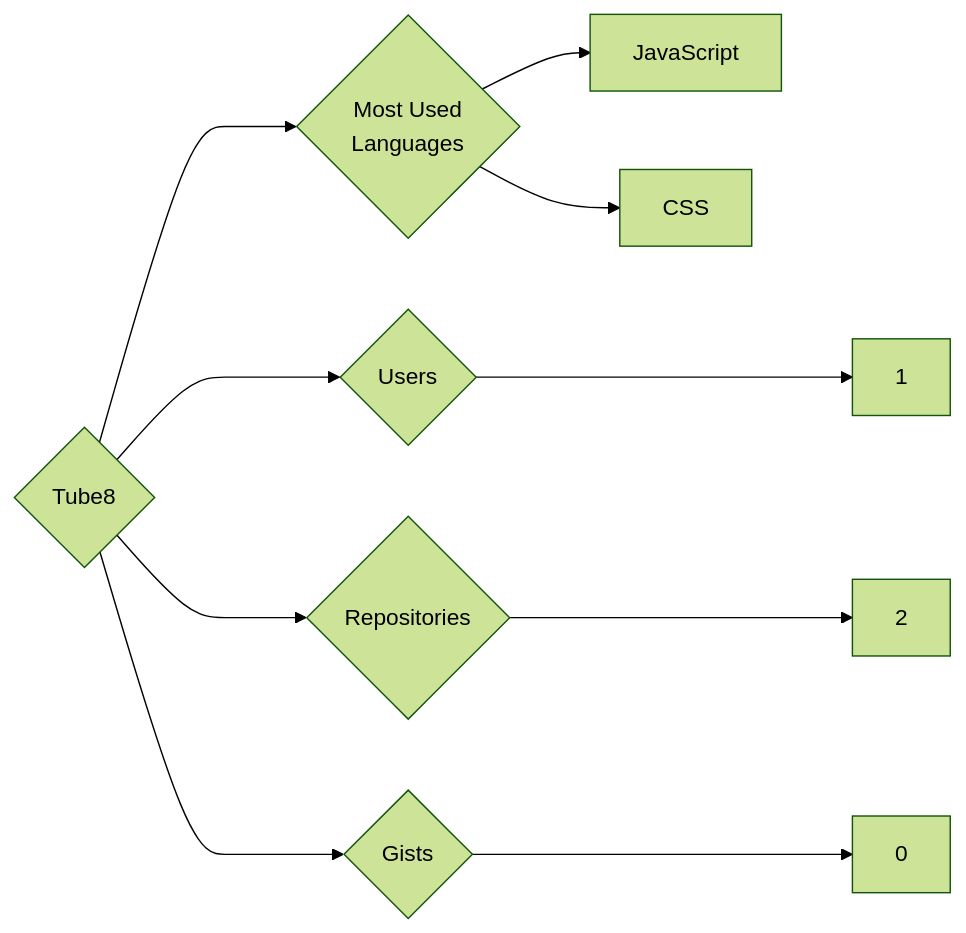
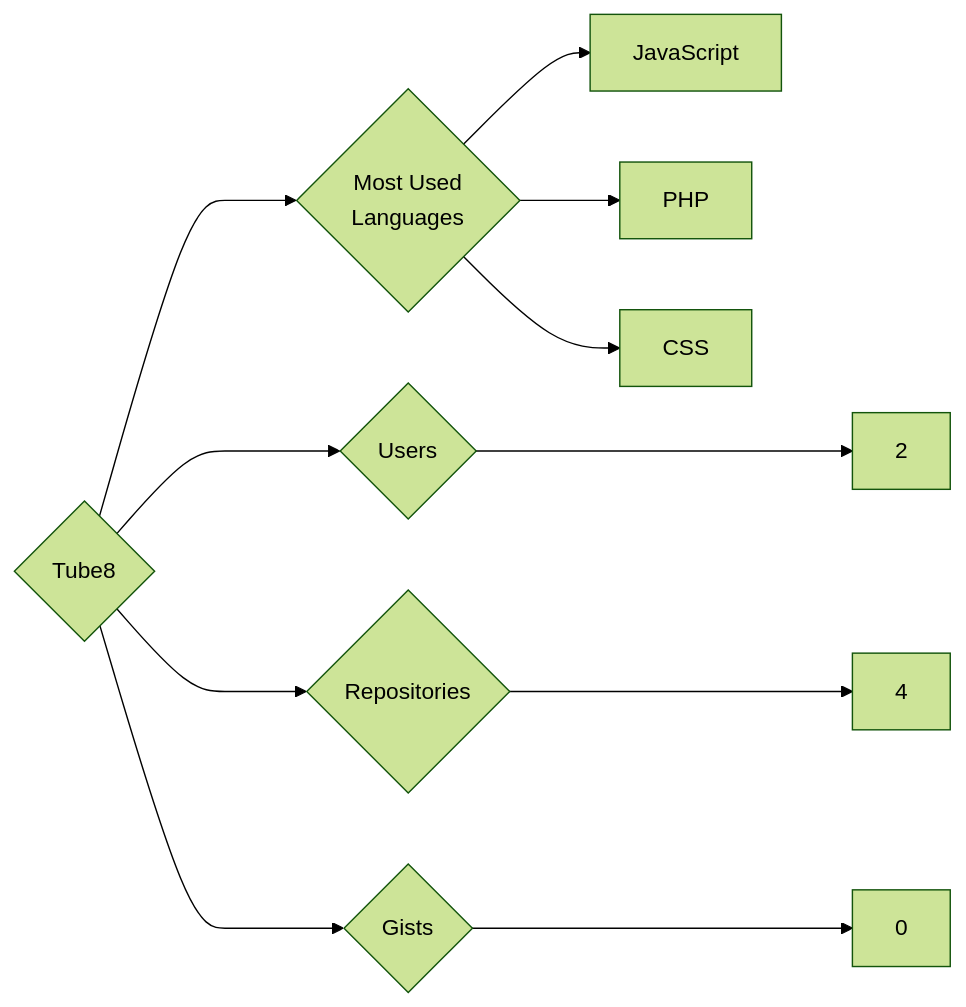
One commit to trickest/insiders changed the diagram in targets/Tube8/README.md. Above: the diagram before and after it, drawn with Mermaid (forest theme). The commit also changed 1389 other files, not shown here.

````diff
--- a/targets/Tube8/README.md
+++ b/targets/Tube8/README.md
@@ -3,10 +3,11 @@
 ```mermaid
 graph LR
 COMPANY_NAME{Tube8}
-COMPANY_NAME ---> U{Users} ---> UN[1]
-COMPANY_NAME ---> R{Repositories} ---> RN[2]
+COMPANY_NAME ---> U{Users} ---> UN[2]
+COMPANY_NAME ---> R{Repositories} ---> RN[4]
 COMPANY_NAME ---> G{Gists} ---> GN[0]
 COMPANY_NAME ---> ML{Most Used<br>Languages}
 ML --> JavaScript[JavaScript]
+ML --> PHP[PHP]
 ML --> CSS[CSS]
 ```
````
